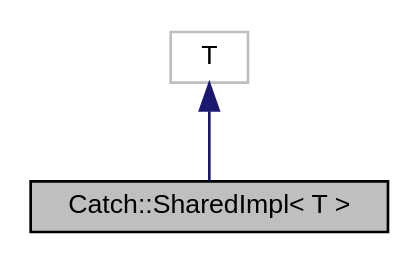
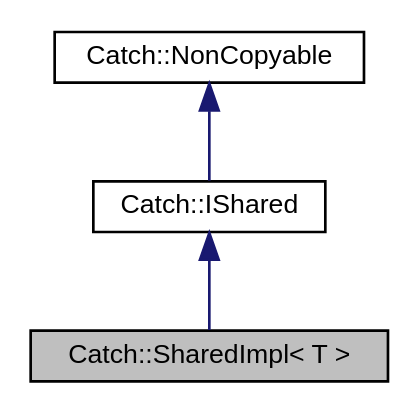
Before and after one commit to cp3-llbb/cp3-llbb.github.io: the diagram in doxyfwk/structCatch_1_1SharedImpl__coll__graph.dot, drawn with Graphviz. The commit also changed 1203 other files, not shown here.

```diff
--- a/doxyfwk/structCatch_1_1SharedImpl__coll__graph.dot
+++ b/doxyfwk/structCatch_1_1SharedImpl__coll__graph.dot
@@ -1,8 +1,11 @@
 digraph "Catch::SharedImpl&lt; T &gt;"
 {
+ // LATEX_PDF_SIZE
   edge [fontname="Helvetica",fontsize="10",labelfontname="Helvetica",labelfontsize="10"];
   node [fontname="Helvetica",fontsize="10",shape=record];
-  Node1 [label="Catch::SharedImpl\< T \>",height=0.2,width=0.4,color="black", fillcolor="grey75", style="filled", fontcolor="black"];
+  Node1 [label="Catch::SharedImpl\< T \>",height=0.2,width=0.4,color="black", fillcolor="grey75", style="filled", fontcolor="black",tooltip=" "];
   Node2 -> Node1 [dir="back",color="midnightblue",fontsize="10",style="solid",fontname="Helvetica"];
-  Node2 [label="T",height=0.2,width=0.4,color="grey75", fillcolor="white", style="filled"];
+  Node2 [label="Catch::IShared",height=0.2,width=0.4,color="black", fillcolor="white", style="filled",URL="$structCatch_1_1IShared.html",tooltip=" "];
+  Node3 -> Node2 [dir="back",color="midnightblue",fontsize="10",style="solid",fontname="Helvetica"];
+  Node3 [label="Catch::NonCopyable",height=0.2,width=0.4,color="black", fillcolor="white", style="filled",URL="$classCatch_1_1NonCopyable.html",tooltip=" "];
 }
```
